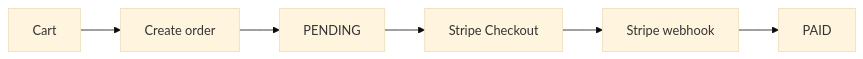
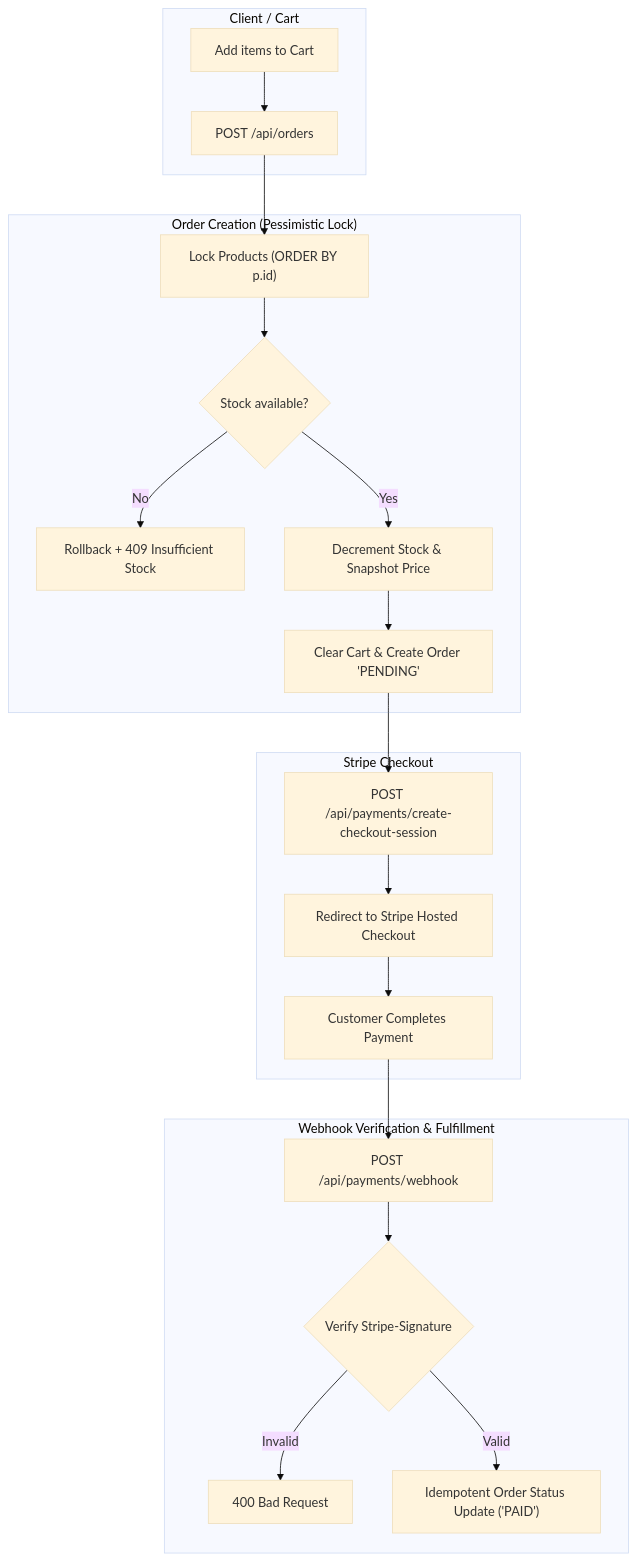
The diagram in backend/README.md (Guzillo/fruitify-store), drawn with Mermaid (base theme) before and after one commit. The commit also changed other lines of this file and 4 other files, not shown here.

````diff
--- a/backend/README.md
+++ b/backend/README.md
@@ -194,8 +103,27 @@
 ```mermaid
-flowchart LR
-    A[Cart] --> B[Create order]
-    B --> C[PENDING]
-    C --> D[Stripe Checkout]
-    D --> E[Stripe webhook]
-    E --> F[PAID]
+flowchart TD
+    subgraph Client ["Client / Cart"]
+        A[Add items to Cart] --> B[POST /api/orders]
+    end
+
+    subgraph BackendOrder ["Order Creation (Pessimistic Lock)"]
+        B --> C["Lock Products (ORDER BY p.id)"]
+        C --> D{"Stock available?"}
+        D -- No --> E[Rollback + 409 Insufficient Stock]
+        D -- Yes --> F[Decrement Stock & Snapshot Price]
+        F --> G[Clear Cart & Create Order 'PENDING']
+    end
+
+    subgraph Payment ["Stripe Checkout"]
+        G --> H[POST /api/payments/create-checkout-session]
+        H --> I[Redirect to Stripe Hosted Checkout]
+        I --> J[Customer Completes Payment]
+    end
+
+    subgraph Webhook ["Webhook Verification & Fulfillment"]
+        J --> K[POST /api/payments/webhook]
+        K --> L{"Verify Stripe-Signature"}
+        L -- Invalid --> M[400 Bad Request]
+        L -- Valid --> N["Idempotent Order Status Update ('PAID')"]
+    end
 ```
````
